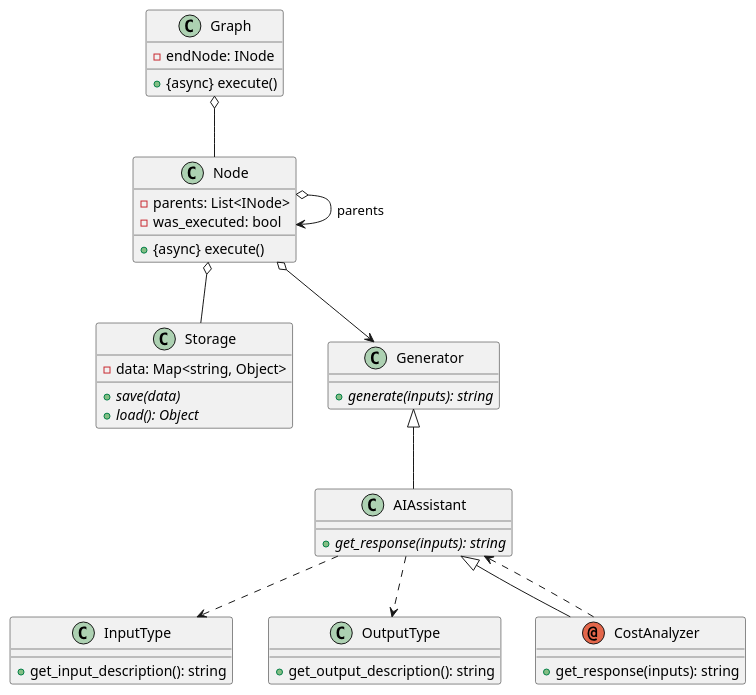
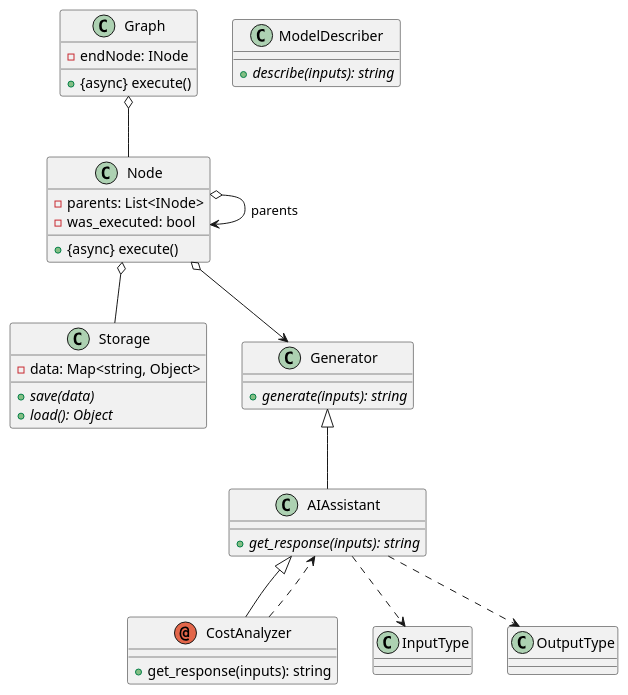
The diagram in docs/ai_graph.puml (Softoft/synthetic_data_generator), drawn with PlantUML before and after one commit. The commit also changed 16 other files, not shown here.

Commit message:
changed architecture for better usage analysis and extensability regarding the prompt creation!

```diff
--- a/docs/ai_graph.puml
+++ b/docs/ai_graph.puml
@@ -1,57 +1,53 @@
 @startuml
 
 class Storage{
     - data: Map<string, Object>
     + {abstract} save(data)
     + {abstract} load(): Object
 }
 
-class InputType{
-    + get_input_description(): string
-}
-
-class OutputType{
-    + get_output_description(): string
+class ModelDescriber{
+    + {abstract} describe(inputs): string
 }
 
 class Generator{
     + {abstract} generate(inputs): string
 }
 
 class AIAssistant extends Generator{
     + {abstract} get_response(inputs): string
 }
 
 
 
 annotation CostAnalyzer extends AIAssistant{
     + get_response(inputs): string
 }
 
 
 class Node{
     - parents: List<INode>
     - was_executed: bool
     + {async} execute()
 }
 
 Node o--> Generator
 
 class Graph{
     - endNode: INode
     + {async} execute()
 }
 
 
 Graph o-- Node
 
 
 Node o-- Storage
 Node o--> Node: "parents"
 
 AIAssistant ..> InputType
 AIAssistant ..> OutputType
 
 
 CostAnalyzer .down.> AIAssistant
 @enduml
```
